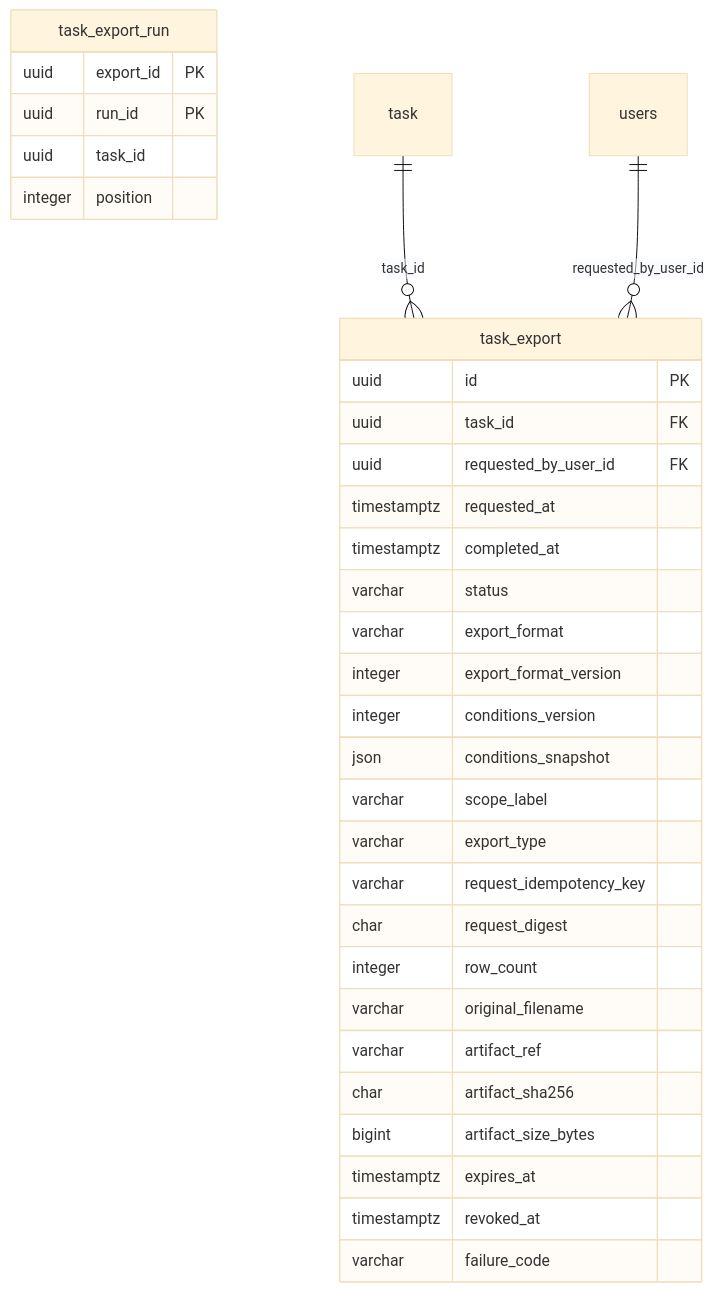
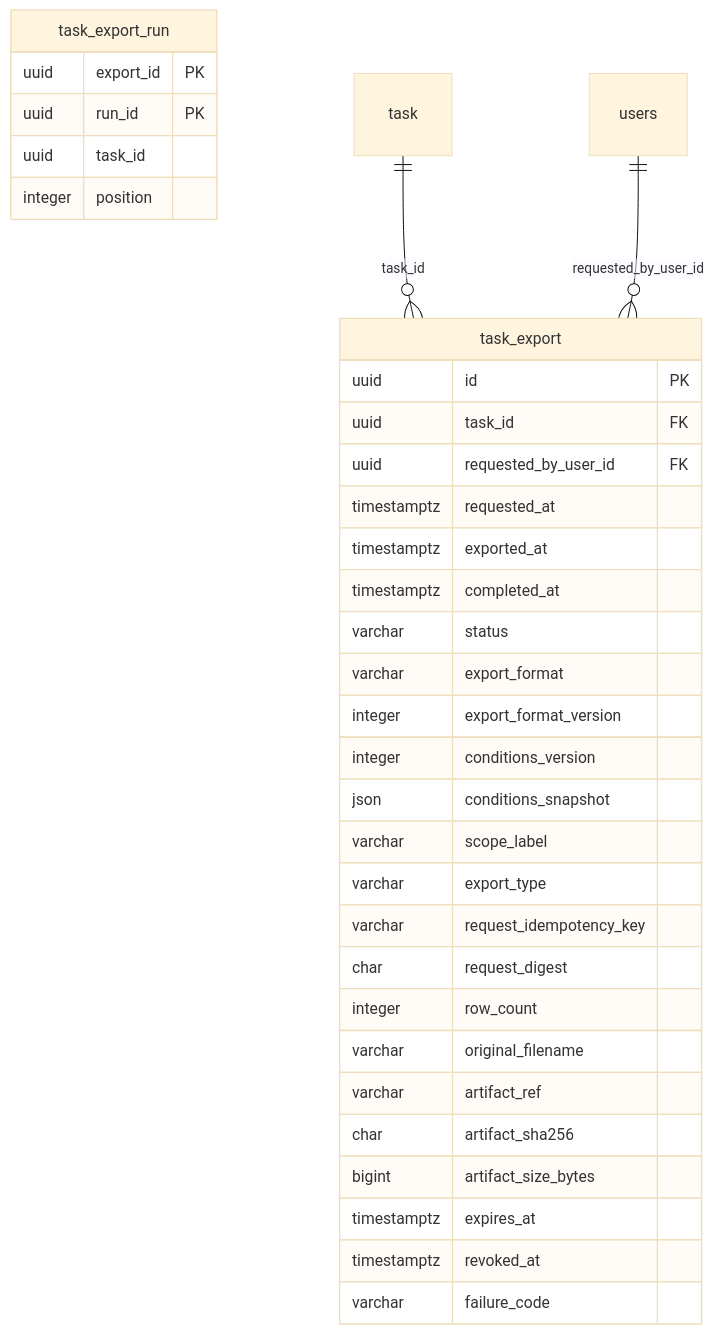
Before and after one commit to singyichen/label-suite: the diagram in docs/diagrams/architecture/task-export-db-schema.md, drawn with Mermaid (base theme). The commit also changed other lines of this file and 5 other files, not shown here.

````diff
--- a/docs/diagrams/architecture/task-export-db-schema.md
+++ b/docs/diagrams/architecture/task-export-db-schema.md
@@ -15,36 +15,37 @@
 ```mermaid
 erDiagram
     task_export {
         uuid id PK
         uuid task_id FK
         uuid requested_by_user_id FK
         timestamptz requested_at
+        timestamptz exported_at
         timestamptz completed_at
         varchar status
         varchar export_format
         integer export_format_version
         integer conditions_version
         json conditions_snapshot
         varchar scope_label
         varchar export_type
         varchar request_idempotency_key
         char request_digest
         integer row_count
         varchar original_filename
         varchar artifact_ref
         char artifact_sha256
         bigint artifact_size_bytes
         timestamptz expires_at
         timestamptz revoked_at
         varchar failure_code
     }
     task_export_run {
         uuid export_id PK
         uuid run_id PK
         uuid task_id
         integer position
     }
 
     task ||--o{ task_export : task_id
     users ||--o{ task_export : requested_by_user_id
 ```
````
